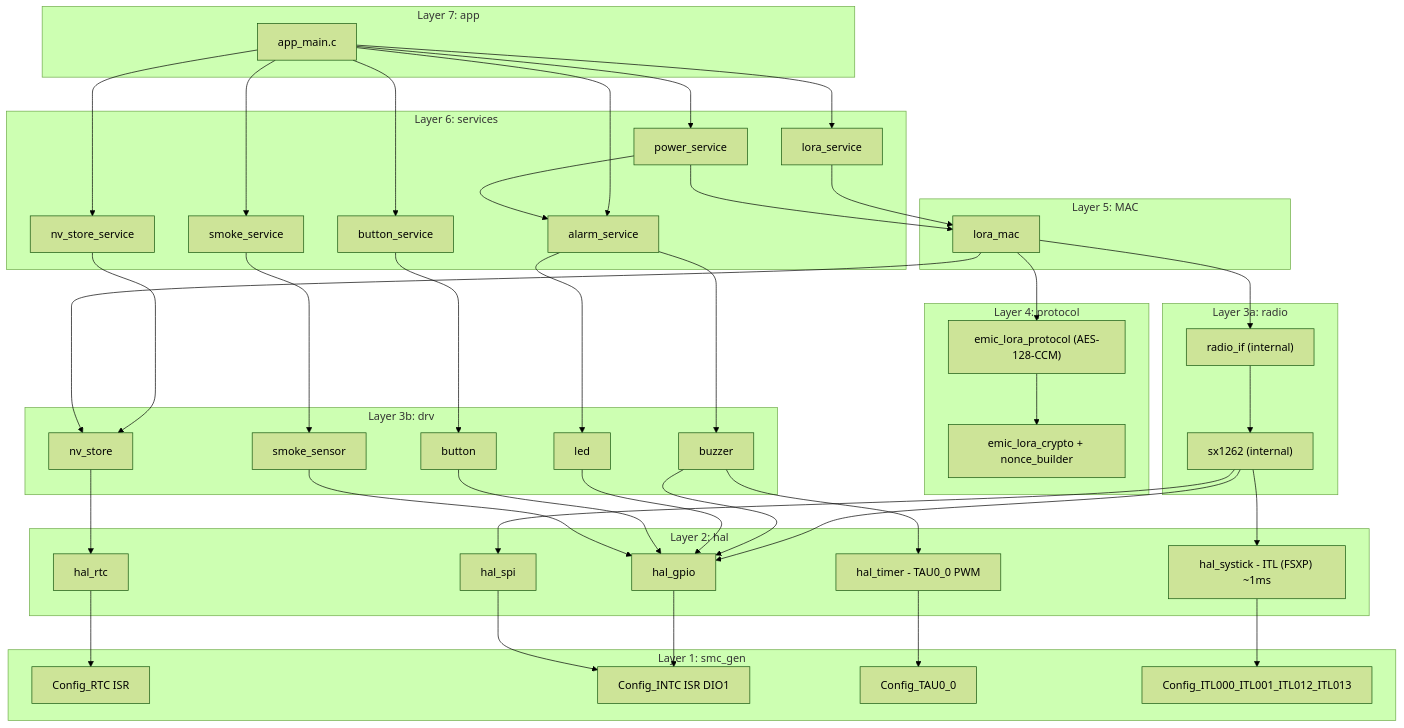
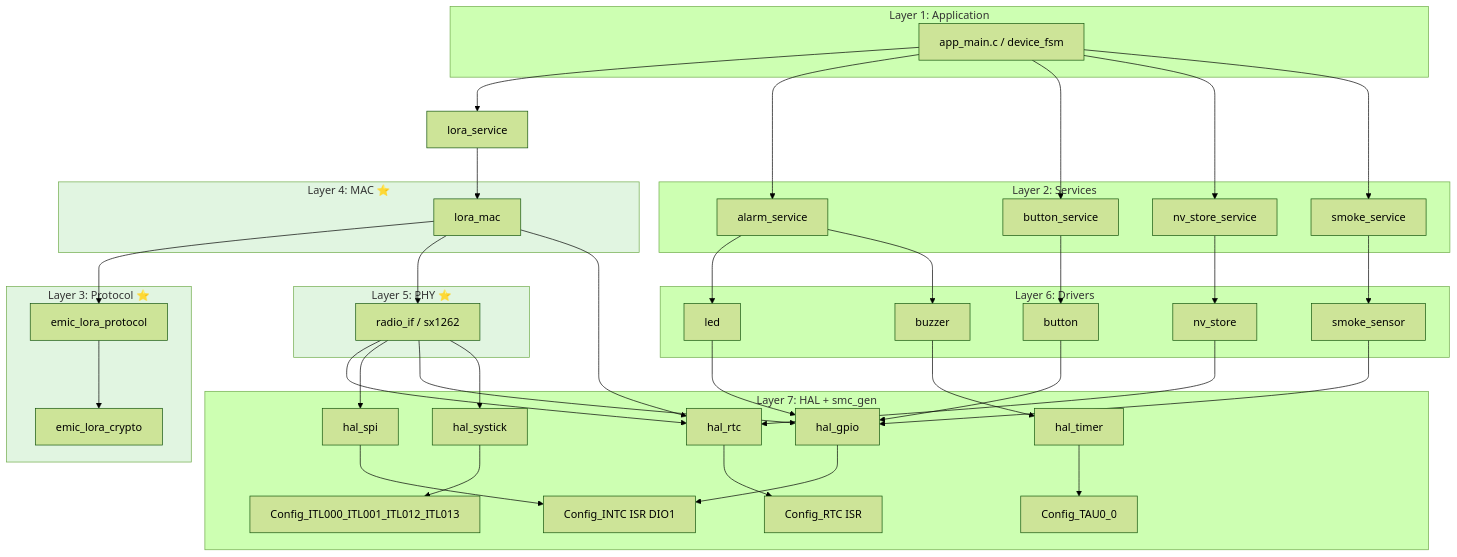
One commit to vuvantruong120896/emic_lora_protocol changed the first of 10 diagrams in EMIC_LORA_PROTOCOL/docs/layer_call_flow.md. Above: the diagram before and after it, drawn with Mermaid (forest theme). The commit also changed other lines of this file and 52 other files, not shown here.

````diff
--- a/EMIC_LORA_PROTOCOL/docs/layer_call_flow.md
+++ b/EMIC_LORA_PROTOCOL/docs/layer_call_flow.md
@@ -17,91 +19,88 @@
 ```mermaid
-flowchart TD
-  subgraph APP[Layer 7: app]
-    A1["app_main.c"]
+flowchart TB
+  subgraph L1["Layer 1: Application"]
+    A[app_main.c / device_fsm]
   end
 
-  subgraph SVC[Layer 6: services]
-    S1["alarm_service"]
-    S2["button_service"]
-    S3["smoke_service"]
-    S4["lora_service"]
-    S5["nv_store_service"]
-    S6["power_service"]
+  S0[lora_service]
+
+  subgraph L2["Layer 2: Services"]
+    Sx2[alarm_service]
+    Sx3[button_service]
+    Sx4[nv_store_service]
+    Sx5[smoke_service]
   end
 
-  subgraph LINK[Layer 5: MAC]
-    L1["lora_mac"]
+  subgraph L4["Layer 4: MAC ⭐"]
+    M[lora_mac]
   end
 
-  subgraph PROTO[Layer 4: protocol]
-    P1["emic_lora_protocol (AES-128-CCM)"]
-    P2["emic_lora_crypto + nonce_builder"]
+  subgraph L3["Layer 3: Protocol ⭐"]
+    P[emic_lora_protocol]
+    PC[emic_lora_crypto]
   end
 
-  subgraph RADIO[Layer 3a: radio]
-    R1["radio_if (internal)"]
-    R2["sx1262 (internal)"]
+  subgraph L5["Layer 5: PHY ⭐"]
+    PH[radio_if / sx1262]
   end
 
-  subgraph DRV[Layer 3b: drv]
-    D1["buzzer"]
-    D2["led"]
-    D3["button"]
-    D4["smoke_sensor"]
-    D5["nv_store"]
+  subgraph L6["Layer 6: Drivers"]
+    D1[nv_store]
+    D2[smoke_sensor]
+    D3[button]
+    D4[led]
+    D5[buzzer]
   end
 
-  subgraph HAL[Layer 2: hal]
-    H1["hal_gpio"]
-    H2["hal_spi"]
-    H3["hal_rtc"]
-    H4["hal_timer - TAU0_0 PWM"]
-    H5["hal_systick - ITL (FSXP) ~1ms"]
+  subgraph L7["Layer 7: HAL + smc_gen"]
+    H1[hal_rtc]
+    H2[hal_spi]
+    H3[hal_gpio]
+    H4[hal_timer]
+    H5[hal_systick]
+    G1[Config_RTC ISR]
+    G2[Config_INTC ISR DIO1]
+    G3[Config_TAU0_0]
+    G4[Config_ITL000_ITL001_ITL012_ITL013]
   end
 
-  subgraph SMC[Layer 1: smc_gen]
-    G1["Config_RTC ISR"]
-    G2["Config_INTC ISR DIO1"]
-    G3["Config_TAU0_0"]
-    G4["Config_ITL000_ITL001_ITL012_ITL013"]
-  end
-
-  A1 --> S1
-  A1 --> S2
-  A1 --> S3
-  A1 --> S4
-  A1 --> S5
-  A1 --> S6
-
-  S4 --> L1
-  S1 --> D1
-  S1 --> D2
-  S2 --> D3
-  S3 --> D4
-  S5 --> D5
-  S6 --> L1
-  S6 --> S1
-
-  L1 --> R1
-  L1 --> P1
-  L1 --> D5
-  P1 --> P2
-
-  R1 --> R2
-  R2 --> H2
-  R2 --> H1
-  R2 --> H5
-
+  A --> S0
+  A --> Sx2
+  A --> Sx3
+  A --> Sx4
+  A --> Sx5
+  
+  S0 --> M
+  M --> P
+  M --> PH
+  P --> PC
+  
+  PH --> H1
+  PH --> H2
+  PH --> H3
+  PH --> H5
+  
+  M --> H1
+  
+  Sx2 --> D4
+  Sx2 --> D5
+  Sx3 --> D3
+  Sx4 --> D1
+  Sx5 --> D2
+  
   D1 --> H1
-  D1 --> H4
-  D2 --> H1
-  D3 --> H1
-  D4 --> H1
-  D5 --> H3
-
-  H1 --> G2
+  D2 --> H3
+  D3 --> H3
+  D4 --> H3
+  D5 --> H4
+  
+  H1 --> G1
   H2 --> G2
-  H3 --> G1
+  H3 --> G2
   H4 --> G3
   H5 --> G4
+
+  style L3 fill:#e1f5e1
+  style L4 fill:#e1f5e1
+  style L5 fill:#e1f5e1
 ```
````
